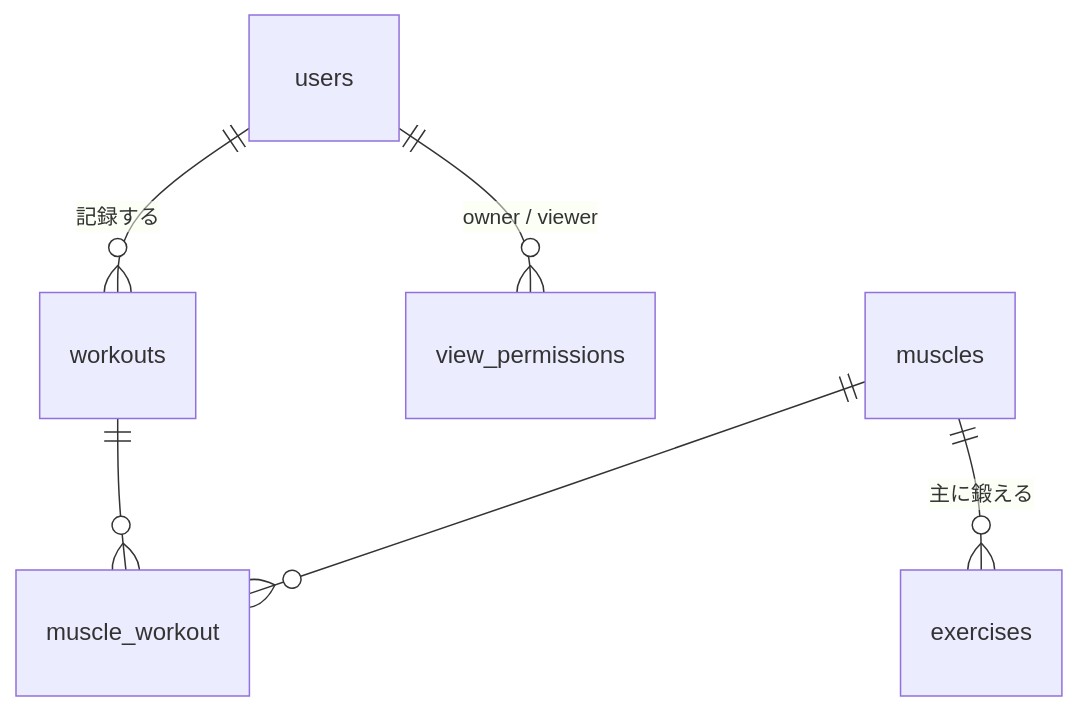
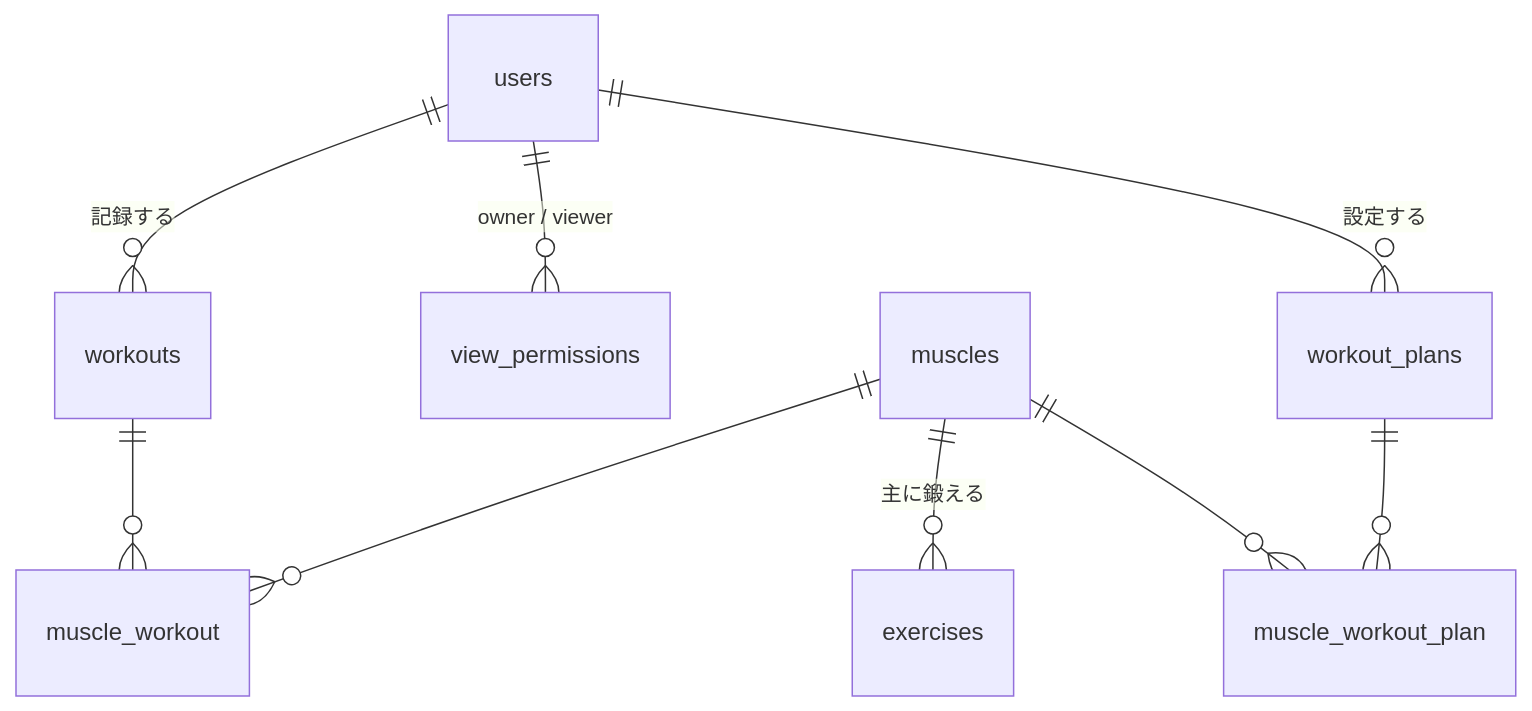
One commit to yosshi-0999/Kintore_now changed the diagram in docs/database-design.md. Above: the diagram before and after it, drawn with Mermaid. The commit also changed other lines of this file and 52 other files, not shown here.

````diff
--- a/docs/database-design.md
+++ b/docs/database-design.md
@@ -66,8 +79,11 @@
 ```mermaid
 erDiagram
     users ||--o{ workouts : "記録する"
     users ||--o{ view_permissions : "owner / viewer"
     workouts ||--o{ muscle_workout : ""
     muscles ||--o{ muscle_workout : ""
     muscles ||--o{ exercises : "主に鍛える"
+    users ||--o{ workout_plans : "設定する"
+    workout_plans ||--o{ muscle_workout_plan : ""
+    muscles ||--o{ muscle_workout_plan : ""
 ```
````
